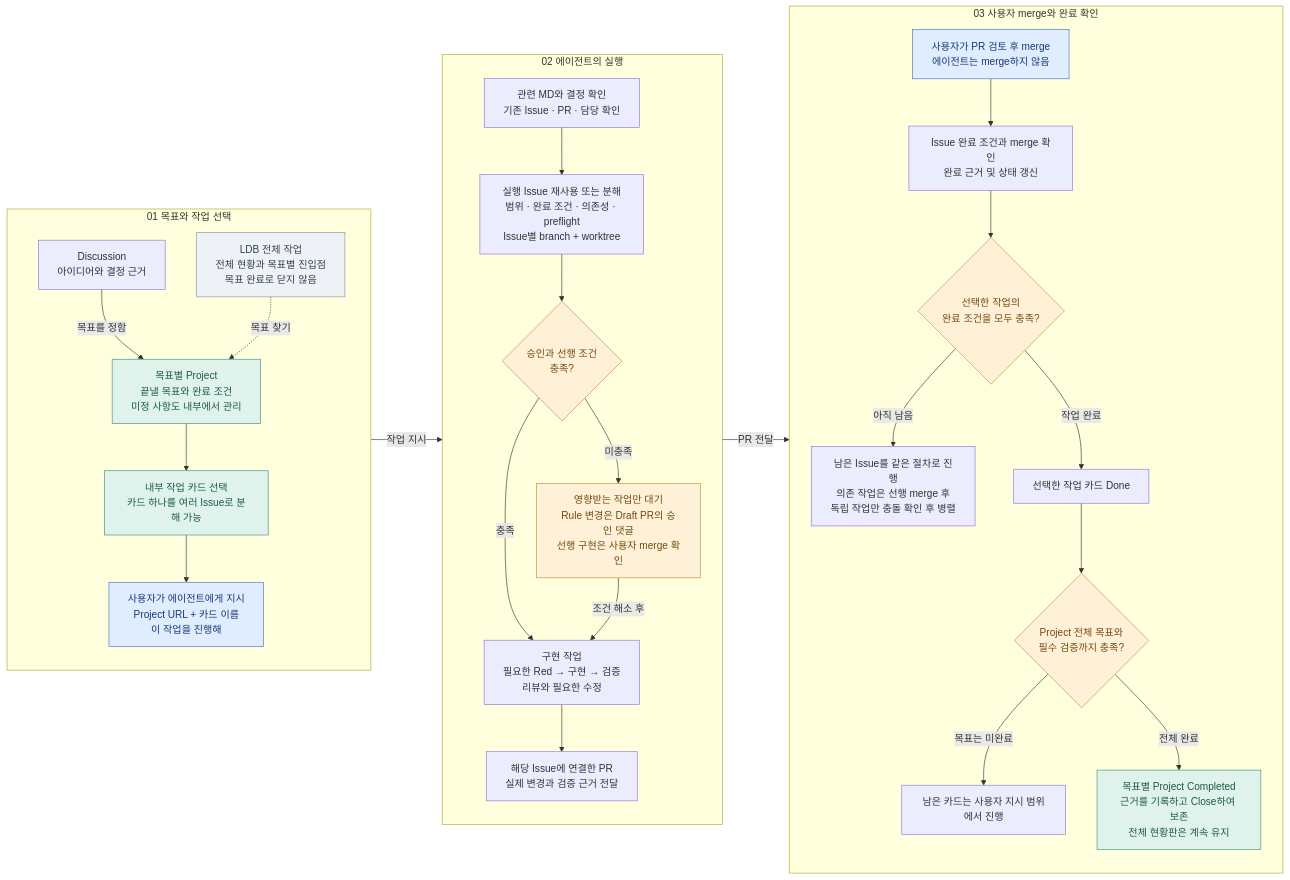
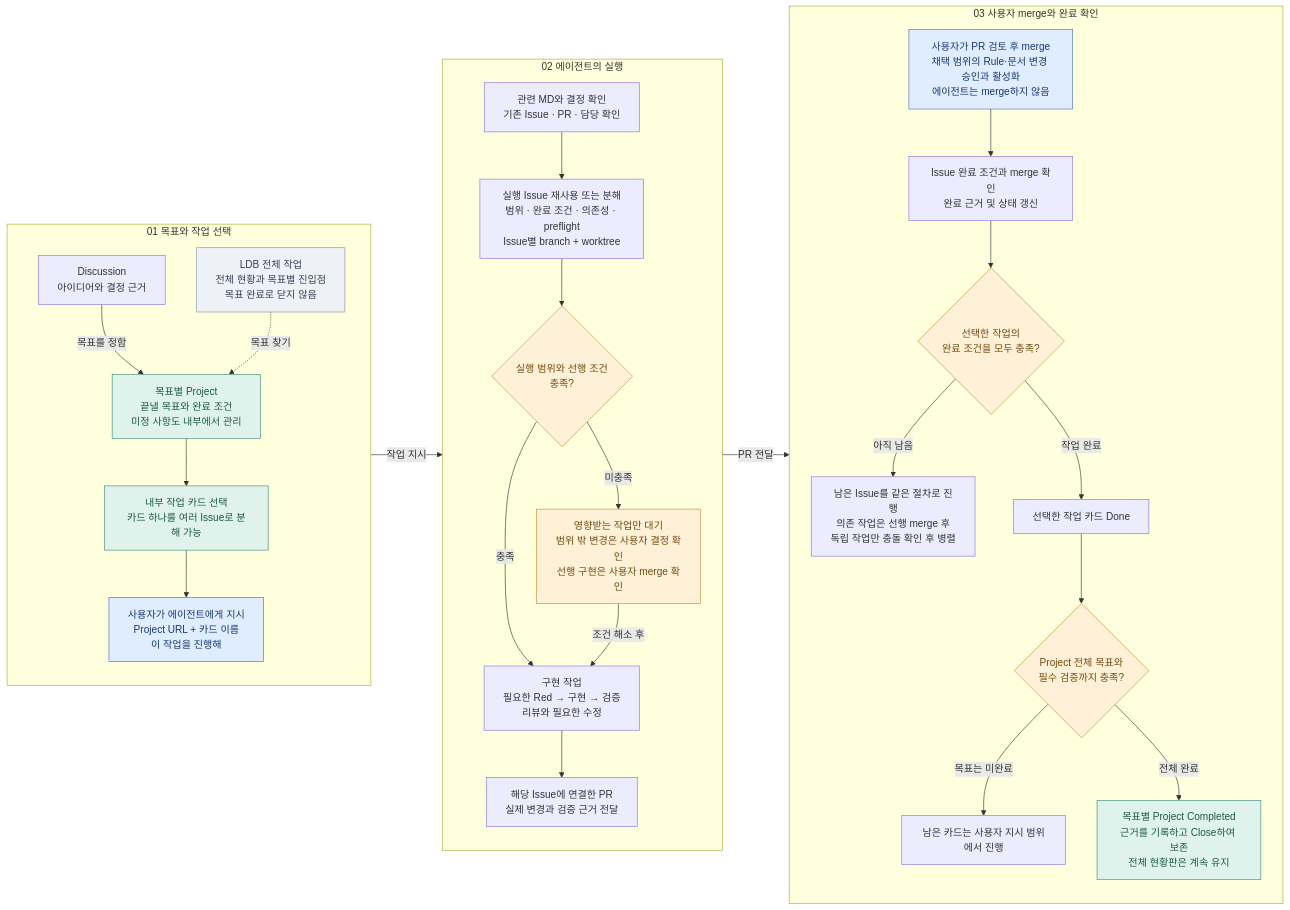
One commit to blahaj94/ldb changed the diagram in scripts/workflow.mmd. Above: the diagram before and after it, drawn with Mermaid. The commit also changed 24 other files, not shown here.

```diff
--- a/scripts/workflow.mmd
+++ b/scripts/workflow.mmd
@@ -1,55 +1,55 @@
 flowchart LR
   subgraph PLAN["01  목표와 작업 선택"]
     direction TB
     D["Discussion<br/>아이디어와 결정 근거"]
     O["LDB 전체 작업<br/>전체 현황과 목표별 진입점<br/>목표 완료로 닫지 않음"]
     P["목표별 Project<br/>끝낼 목표와 완료 조건<br/>미정 사항도 내부에서 관리"]
     T["내부 작업 카드 선택<br/>카드 하나를 여러 Issue로 분해 가능"]
     U["사용자가 에이전트에게 지시<br/>Project URL + 카드 이름<br/>이 작업을 진행해"]
     D -->|목표를 정함| P
     O -.->|목표 찾기| P
     P --> T --> U
   end
 
   subgraph EXECUTE["02  에이전트의 실행"]
     direction TB
     C["관련 MD와 결정 확인<br/>기존 Issue · PR · 담당 확인"]
     I["실행 Issue 재사용 또는 분해<br/>범위 · 완료 조건 · 의존성 · preflight<br/>Issue별 branch + worktree"]
-    G{"승인과 선행 조건<br/>충족?"}
-    H["영향받는 작업만 대기<br/>Rule 변경은 Draft PR의 승인 댓글<br/>선행 구현은 사용자 merge 확인"]
+    G{"실행 범위와 선행 조건<br/>충족?"}
+    H["영향받는 작업만 대기<br/>범위 밖 변경은 사용자 결정 확인<br/>선행 구현은 사용자 merge 확인"]
     W["구현 작업<br/>필요한 Red → 구현 → 검증<br/>리뷰와 필요한 수정"]
     R["해당 Issue에 연결한 PR<br/>실제 변경과 검증 근거 전달"]
     C --> I --> G
     G -->|충족| W --> R
     G -->|미충족| H
     H -->|조건 해소 후| W
   end
 
   subgraph FINISH["03  사용자 merge와 완료 확인"]
     direction TB
-    M["사용자가 PR 검토 후 merge<br/>에이전트는 merge하지 않음"]
+    M["사용자가 PR 검토 후 merge<br/>채택 범위의 Rule·문서 변경 승인과 활성화<br/>에이전트는 merge하지 않음"]
     E["Issue 완료 조건과 merge 확인<br/>완료 근거 및 상태 갱신"]
     Q{"선택한 작업의<br/>완료 조건을 모두 충족?"}
     N["남은 Issue를 같은 절차로 진행<br/>의존 작업은 선행 merge 후<br/>독립 작업만 충돌 확인 후 병렬"]
     F{"Project 전체 목표와<br/>필수 검증까지 충족?"}
     A["선택한 작업 카드 Done"]
     B["남은 카드는 사용자 지시 범위에서 진행"]
     Z["목표별 Project Completed<br/>근거를 기록하고 Close하여 보존<br/>전체 현황판은 계속 유지"]
     M --> E --> Q
     Q -->|아직 남음| N
     Q -->|작업 완료| A --> F
     F -->|목표는 미완료| B
     F -->|전체 완료| Z
   end
 
   PLAN -->|작업 지시| EXECUTE
   EXECUTE -->|PR 전달| FINISH
 
   classDef human fill:#e0ecff,stroke:#4673b8,color:#183b70
   classDef goal fill:#dff3ec,stroke:#3d8e79,color:#1d5947
   classDef caution fill:#fff1d8,stroke:#c48b35,color:#724a0e
   classDef overview fill:#eef1f6,stroke:#8592a6,color:#334155
   class U,M human
   class P,T,Z goal
   class G,H,Q,F caution
   class O overview
```
